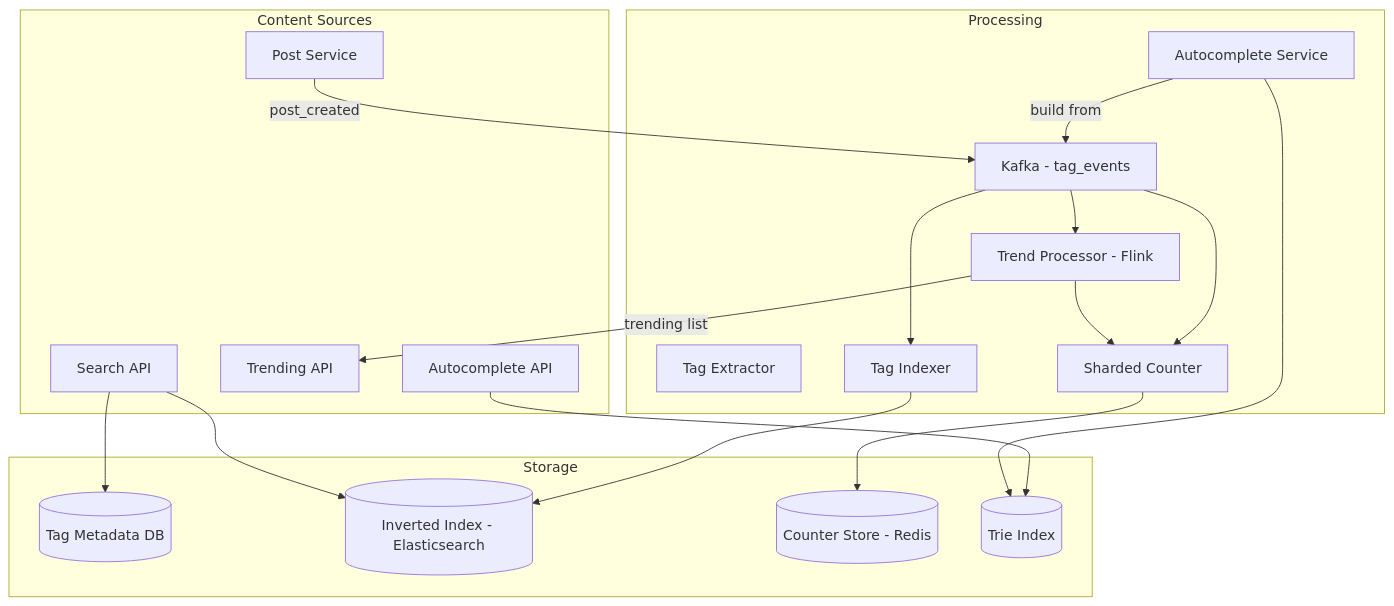
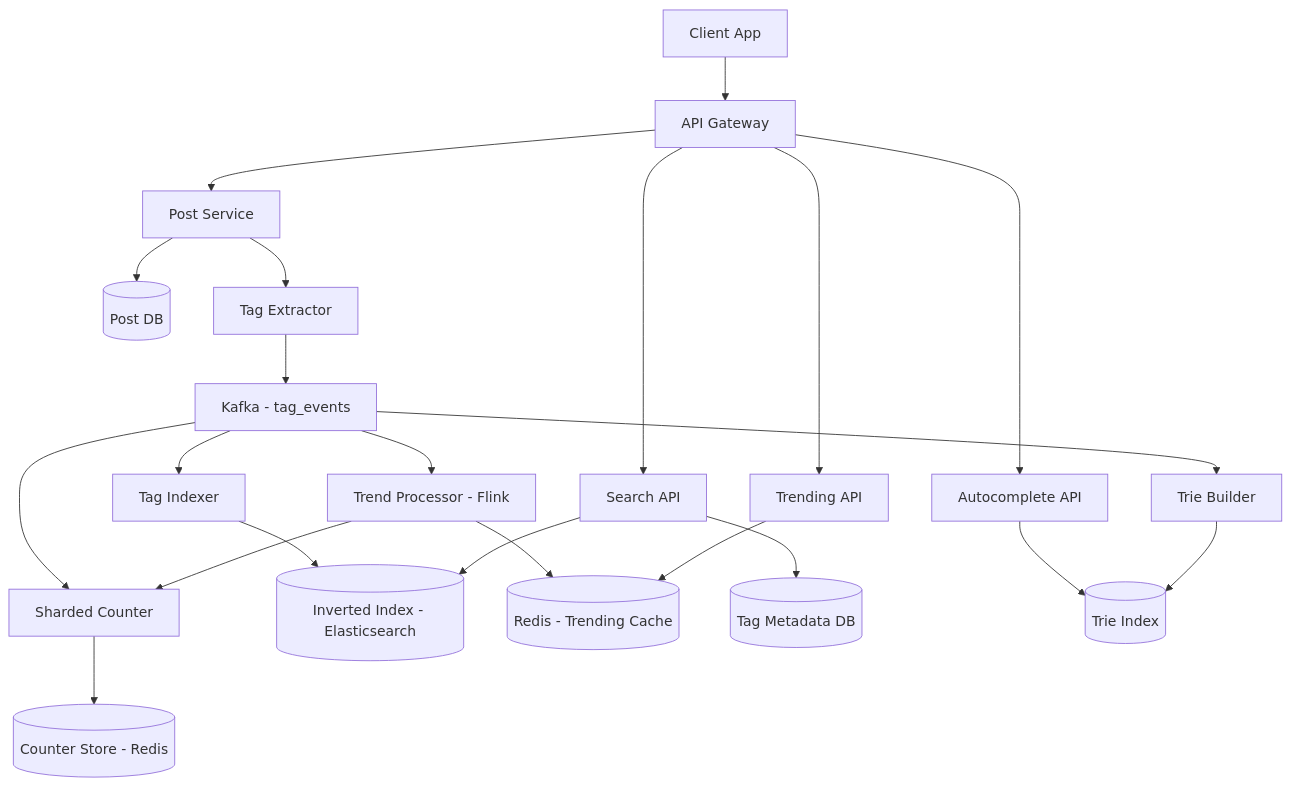
The first of 13 diagrams in docs/system-design/high-level/designing/advanced/hashtag-service.md (abhishekghoshh/system-design-helper), drawn with Mermaid before and after one commit. The commit also changed other lines of this file and 107 other files, not shown here.

````diff
--- a/docs/system-design/high-level/designing/advanced/hashtag-service.md
+++ b/docs/system-design/high-level/designing/advanced/hashtag-service.md
@@ -271,36 +55,24 @@
 ```mermaid
 graph TD
-  subgraph "Content Sources"
-    PostSvc[Post Service]
-    SearchAPI[Search API]
-    TrendAPI[Trending API]
-    AutoAPI[Autocomplete API]
-  end
-  subgraph "Processing"
-    Extractor[Tag Extractor]
-    Bus[Kafka - tag_events]
-    Indexer[Tag Indexer]
-    TrendProc[Trend Processor - Flink]
-    Counter[Sharded Counter]
-    Autocomplete[Autocomplete Service]
-  end
-  subgraph "Storage"
-    TagDB[(Tag Metadata DB)]
-    IndexStore[(Inverted Index - Elasticsearch)]
-    CounterStore[(Counter Store - Redis)]
-    TrieStore[(Trie Index)]
-  end
-  PostSvc -->|post_created| Bus
-  Bus --> Indexer
-  Bus --> TrendProc
-  Bus --> Counter
-  Indexer --> IndexStore
-  TrendProc --> Counter
-  Counter --> CounterStore
-  TrendProc -->|trending list| TrendAPI
-  SearchAPI --> IndexStore
-  SearchAPI --> TagDB
-  AutoAPI --> TrieStore
-  Autocomplete --> TrieStore
-  Autocomplete -->|build from| Bus
+    Client[Client App] --> API[API Gateway]
+    API --> PostSvc[Post Service]
+    API --> SearchAPI[Search API]
+    API --> TrendAPI[Trending API]
+    API --> AutoAPI[Autocomplete API]
+    PostSvc --> PostDB[(Post DB)]
+    PostSvc --> Extractor[Tag Extractor]
+    Extractor --> Bus[Kafka - tag_events]
+    Bus --> Indexer[Tag Indexer]
+    Bus --> TrendProc[Trend Processor - Flink]
+    Bus --> Counter[Sharded Counter]
+    Indexer --> IndexStore[(Inverted Index - Elasticsearch)]
+    Counter --> CounterStore[(Counter Store - Redis)]
+    TrendProc --> Counter
+    TrendProc --> TrendCache[(Redis - Trending Cache)]
+    SearchAPI --> IndexStore
+    SearchAPI --> TagDB[(Tag Metadata DB)]
+    TrendAPI --> TrendCache
+    AutoAPI --> TrieStore[(Trie Index)]
+    Bus --> TrieBuilder[Trie Builder]
+    TrieBuilder --> TrieStore
 ```
````
